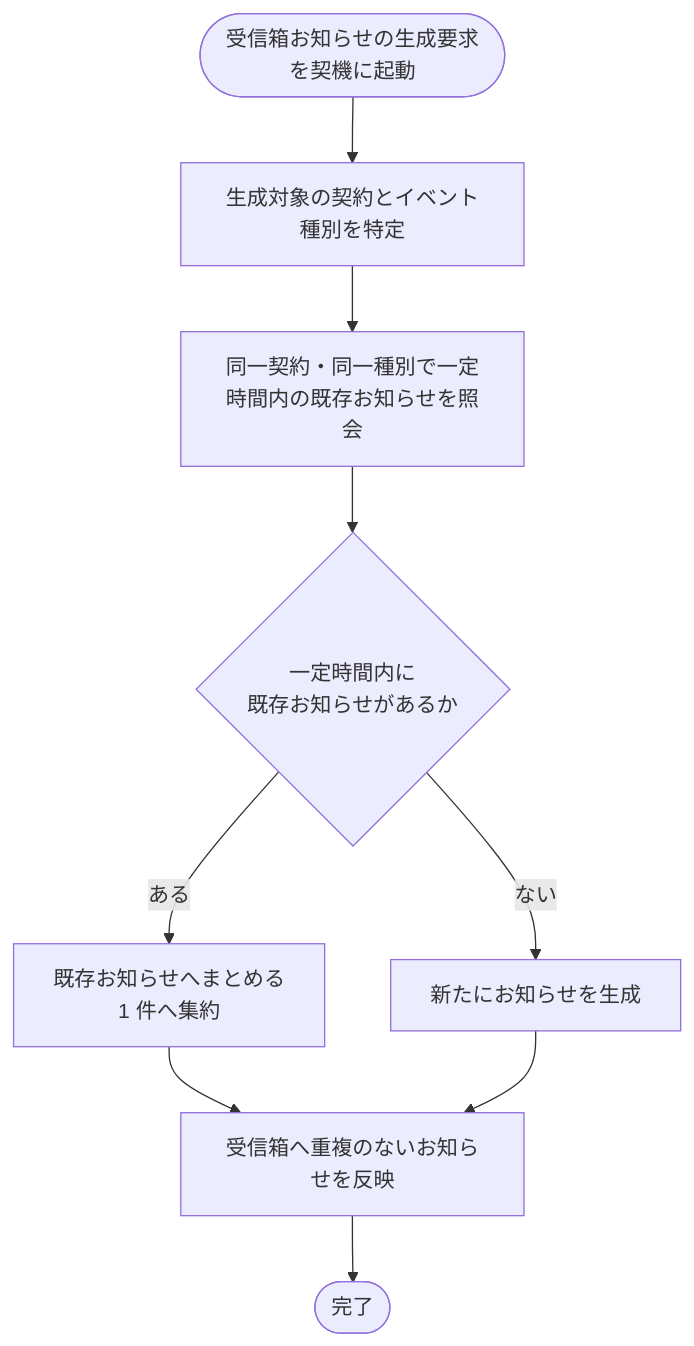
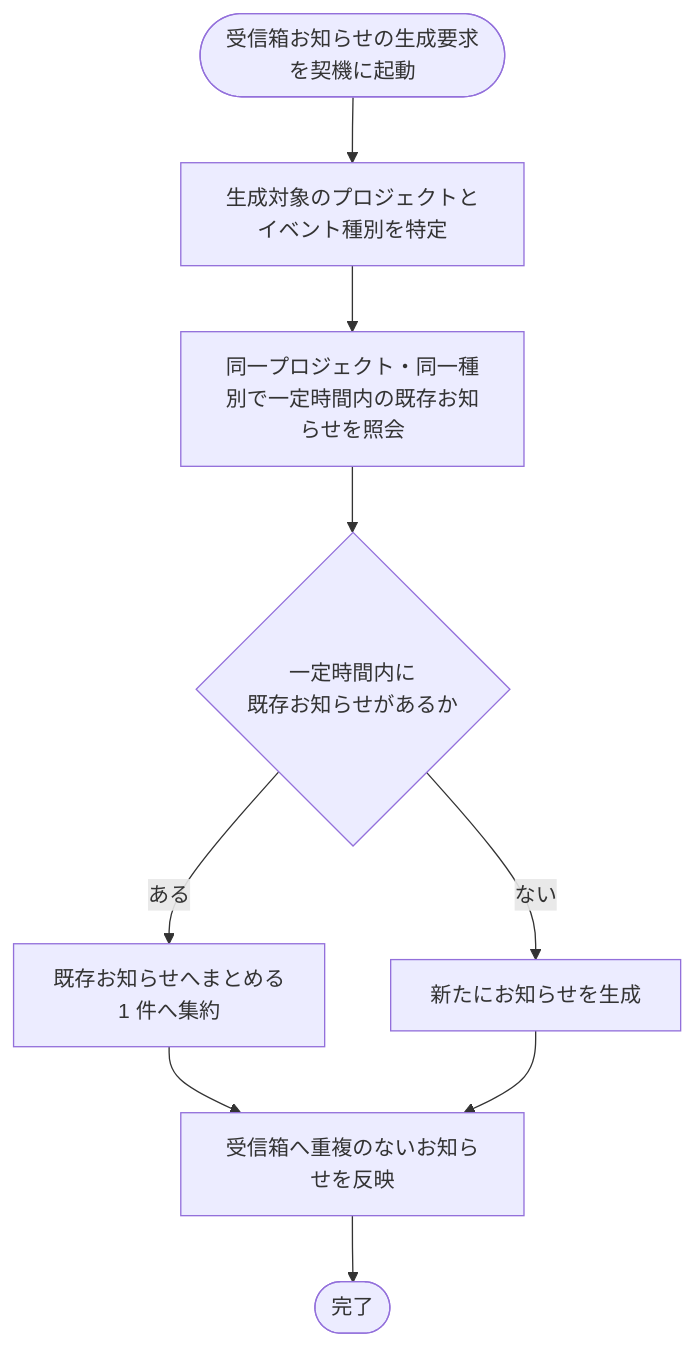
One commit to sikakou54/open-faq changed the diagram in 02_basic_design/02_backend/01_system/SYS-028.md. Above: the diagram before and after it, drawn with Mermaid. The commit also changed other lines of this file and 294 other files, not shown here.

````diff
--- a/02_basic_design/02_backend/01_system/SYS-028.md
+++ b/02_basic_design/02_backend/01_system/SYS-028.md
@@ -24,11 +24,11 @@
 ```mermaid
 flowchart TB
-  S([受信箱お知らせの生成要求を契機に起動]) --> A[生成対象の契約とイベント種別を特定]
-  A --> B[同一契約・同一種別で一定時間内の既存お知らせを照会]
+  S([受信箱お知らせの生成要求を契機に起動]) --> A[生成対象のプロジェクトとイベント種別を特定]
+  A --> B[同一プロジェクト・同一種別で一定時間内の既存お知らせを照会]
   B --> C{一定時間内に<br/>既存お知らせがあるか}
   C -- ある --> D[既存お知らせへまとめる<br/>1 件へ集約]
   C -- ない --> E[新たにお知らせを生成]
   D --> F[受信箱へ重複のないお知らせを反映]
   E --> F
   F --> H([完了])
 ```
````
